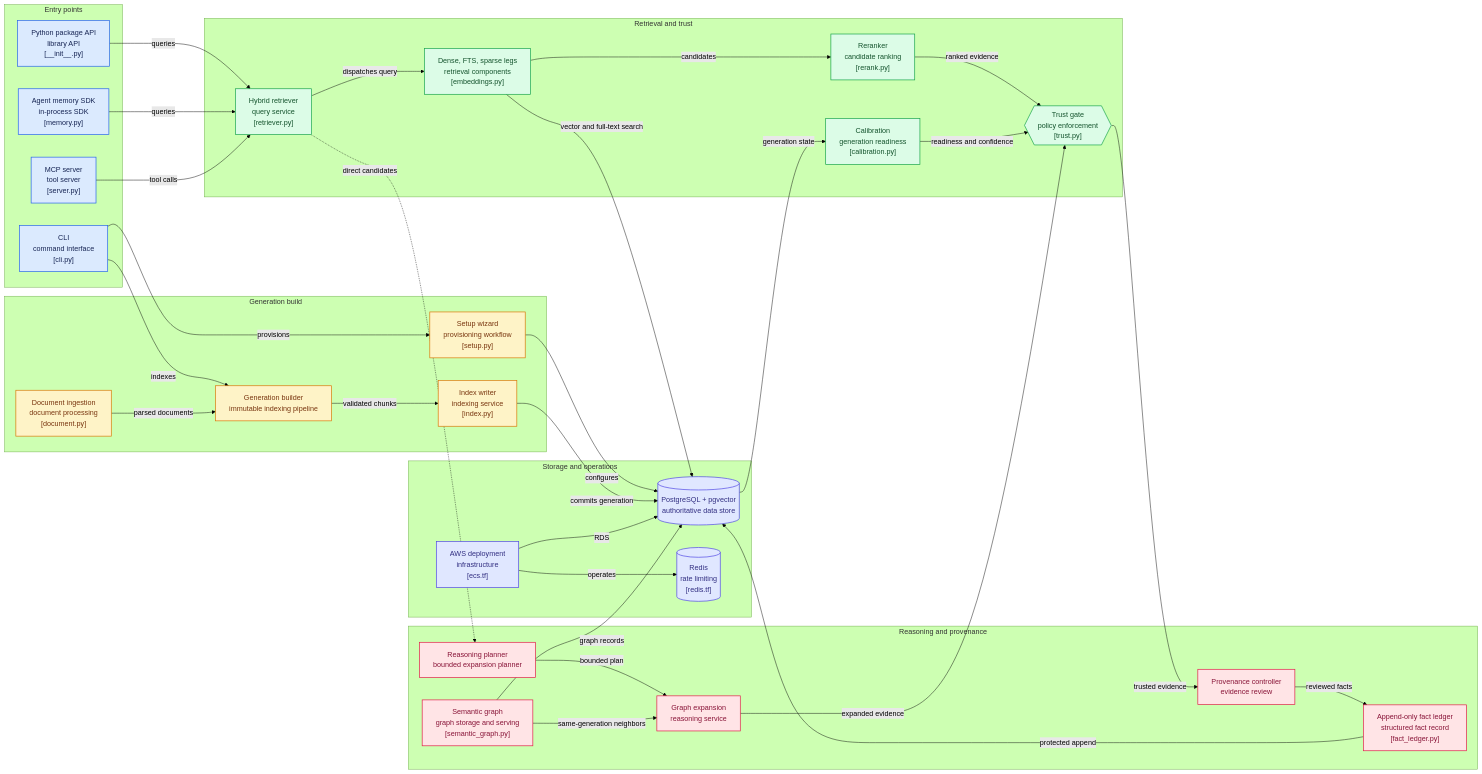
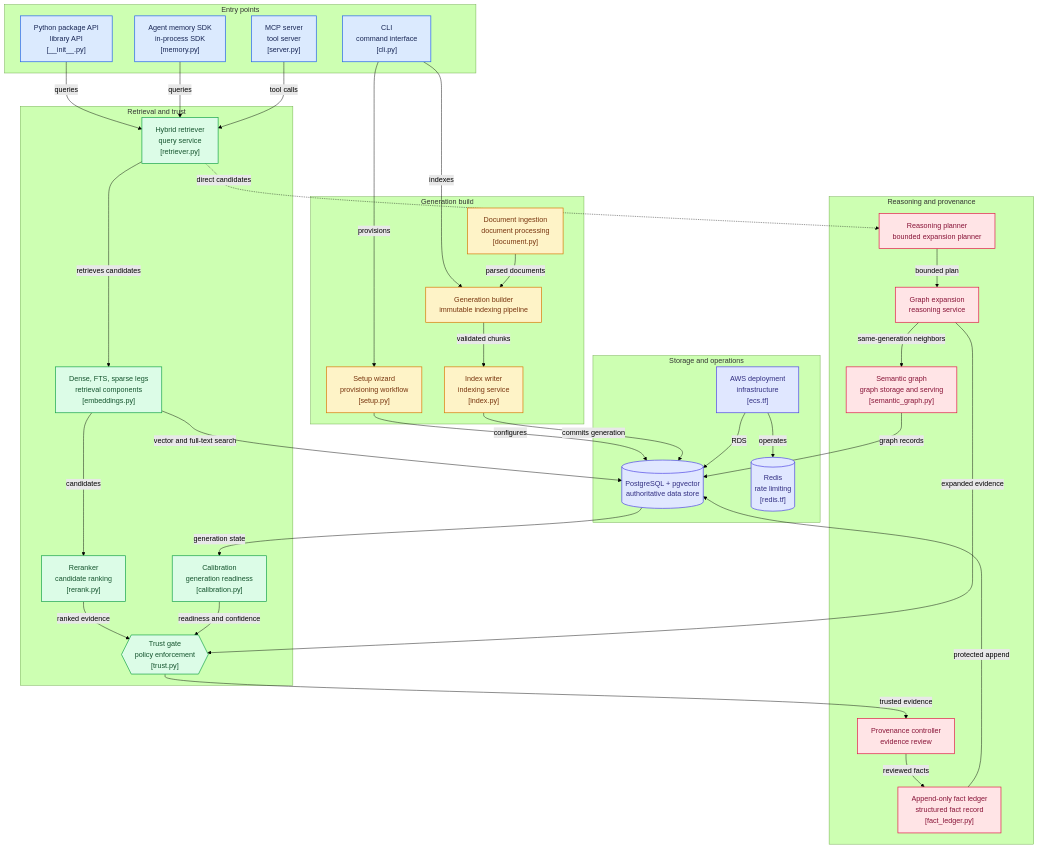
Before and after one commit to GiulioDER/RE-call: the diagram in README.md, drawn with Mermaid (forest theme).

Commit message:
Align README diagram with reference arrows

````diff
--- a/README.md
+++ b/README.md
@@ -57,5 +57,5 @@
 ```mermaid
-flowchart LR
+flowchart TD
 
 subgraph group_clients["Entry points"]
   node_cli["CLI<br/>command interface<br/>[cli.py]"]
@@ -64,19 +64,19 @@
   node_mcp_server["MCP server<br/>tool server<br/>[server.py]"]
 end
 
-subgraph group_build["Generation build"]
-  node_setup_wizard["Setup wizard<br/>provisioning workflow<br/>[setup.py]"]
-  node_generation_builder["Generation builder<br/>immutable indexing pipeline"]
-  node_document_ingest["Document ingestion<br/>document processing<br/>[document.py]"]
-  node_indexer["Index writer<br/>indexing service<br/>[index.py]"]
-end
-
 subgraph group_serving["Retrieval and trust"]
   node_retriever["Hybrid retriever<br/>query service<br/>[retriever.py]"]
   node_retrieval_legs["Dense, FTS, sparse legs<br/>retrieval components<br/>[embeddings.py]"]
   node_reranker["Reranker<br/>candidate ranking<br/>[rerank.py]"]
   node_trust_gate{{"Trust gate<br/>policy enforcement<br/>[trust.py]"}}
   node_calibration["Calibration<br/>generation readiness<br/>[calibration.py]"]
+end
+
+subgraph group_build["Generation build"]
+  node_setup_wizard["Setup wizard<br/>provisioning workflow<br/>[setup.py]"]
+  node_generation_builder["Generation builder<br/>immutable indexing pipeline"]
+  node_document_ingest["Document ingestion<br/>document processing<br/>[document.py]"]
+  node_indexer["Index writer<br/>indexing service<br/>[index.py]"]
 end
 
 subgraph group_storage["Storage and operations"]
@@ -102,7 +102,7 @@
 node_document_ingest -->|"parsed documents"| node_generation_builder
 node_generation_builder -->|"validated chunks"| node_indexer
 node_indexer -->|"commits generation"| node_postgres
-node_retriever -->|"dispatches query"| node_retrieval_legs
+node_retriever -->|"retrieves candidates"| node_retrieval_legs
 node_retrieval_legs -->|"vector and full-text search"| node_postgres
 node_retrieval_legs -->|"candidates"| node_reranker
 node_reranker -->|"ranked evidence"| node_trust_gate
@@ -110,7 +110,7 @@
 node_postgres -->|"generation state"| node_calibration
 node_retriever -.->|"direct candidates"| node_reasoning_planner
 node_reasoning_planner -->|"bounded plan"| node_reasoning_expansion
-node_semantic_graph -->|"same-generation neighbors"| node_reasoning_expansion
+node_reasoning_expansion -->|"same-generation neighbors"| node_semantic_graph
 node_semantic_graph -->|"graph records"| node_postgres
 node_reasoning_expansion -->|"expanded evidence"| node_trust_gate
 node_trust_gate -->|"trusted evidence"| node_provenance
````
